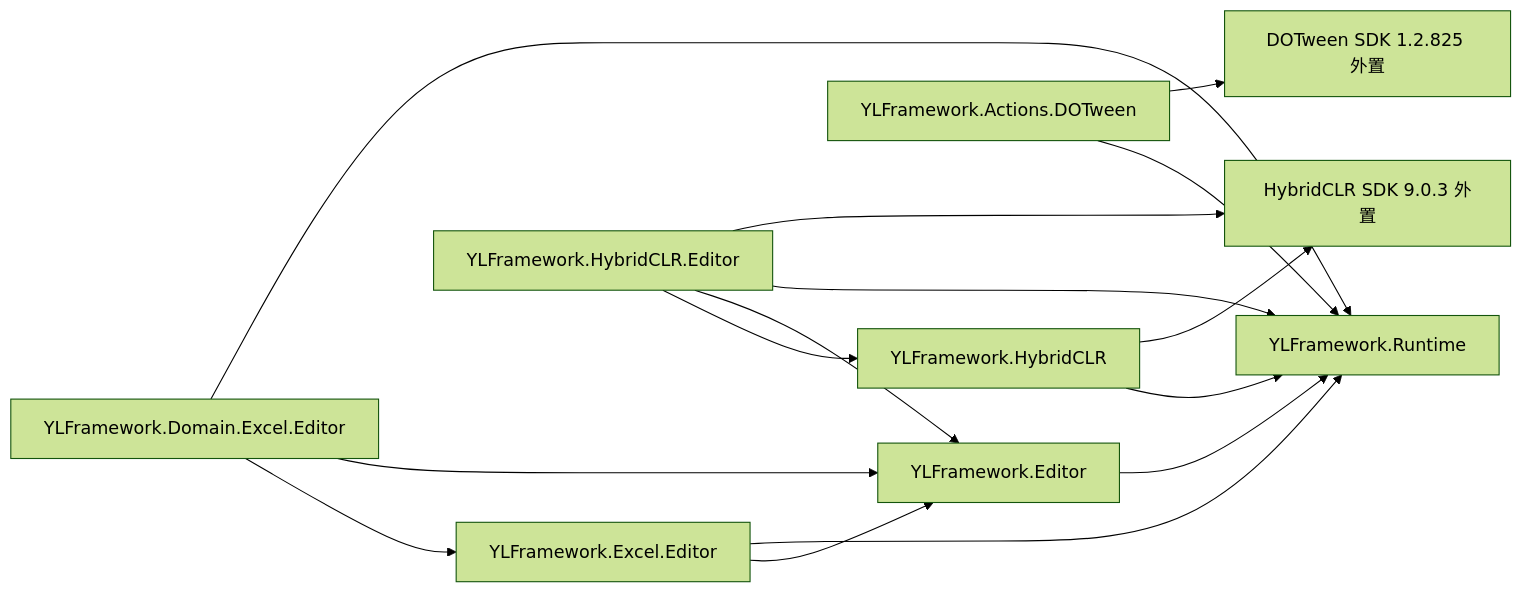
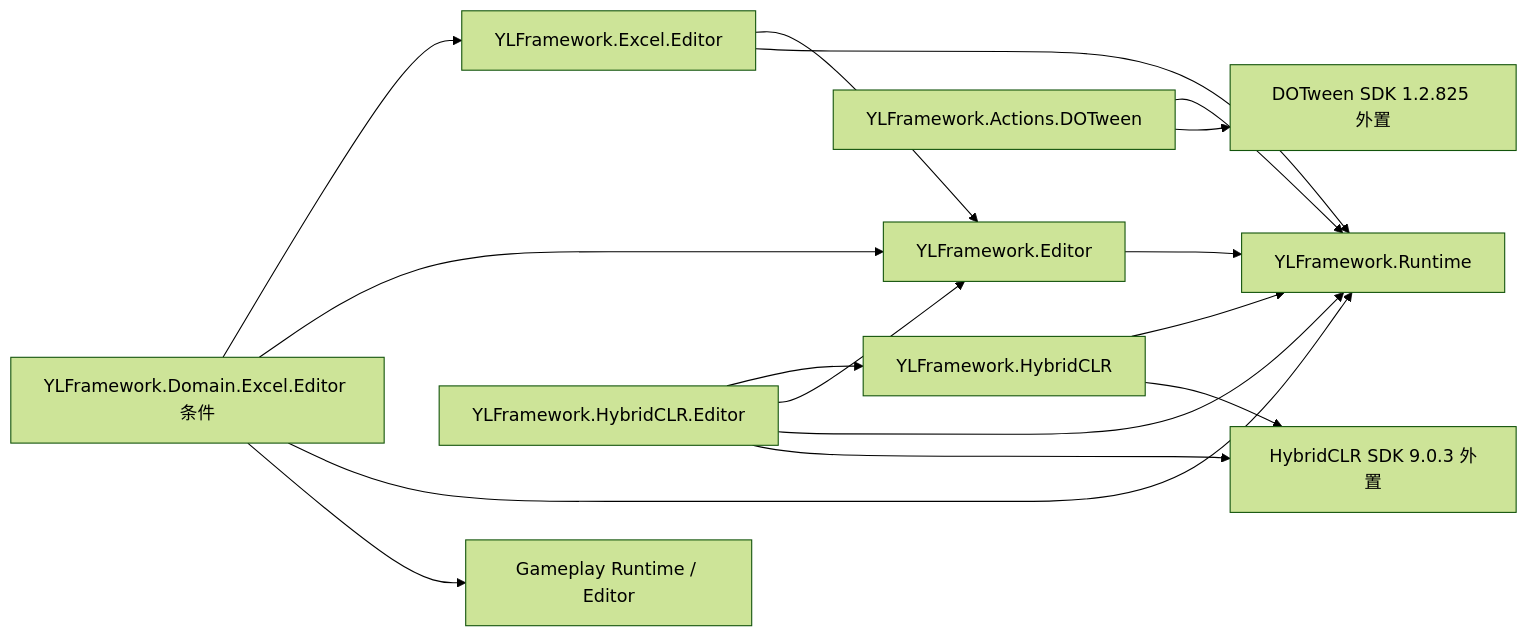
Before and after one commit to KONOK-A/YLFramework-dev: the diagram in README.md, drawn with Mermaid (forest theme). The commit also changed other lines of this file and 60 other files, not shown here.

Commit message:
refactor: 合并 Excel 作者流程并按 Gameplay 条件启用领域适配

````diff
--- a/README.md
+++ b/README.md
@@ -34,17 +33,18 @@
 ```mermaid
 flowchart LR
     Editor[YLFramework.Editor] --> Runtime[YLFramework.Runtime]
     DOTween[YLFramework.Actions.DOTween] --> Runtime
     DOTween --> DOTweenSDK[DOTween SDK 1.2.825 外置]
     Excel[YLFramework.Excel.Editor] --> Editor
     Excel --> Runtime
-    DomainExcel[YLFramework.Domain.Excel.Editor] --> Excel
+    DomainExcel[YLFramework.Domain.Excel.Editor 条件] --> Excel
     DomainExcel --> Editor
     DomainExcel --> Runtime
+    DomainExcel --> Gameplay[Gameplay Runtime / Editor]
     HybridCLREditor[YLFramework.HybridCLR.Editor] --> HybridCLR[YLFramework.HybridCLR]
     HybridCLREditor --> Editor
     HybridCLREditor --> Runtime
     HybridCLR --> Runtime
     HybridCLREditor --> HybridCLRSDK[HybridCLR SDK 9.0.3 外置]
     HybridCLR --> HybridCLRSDK
 ```
````
